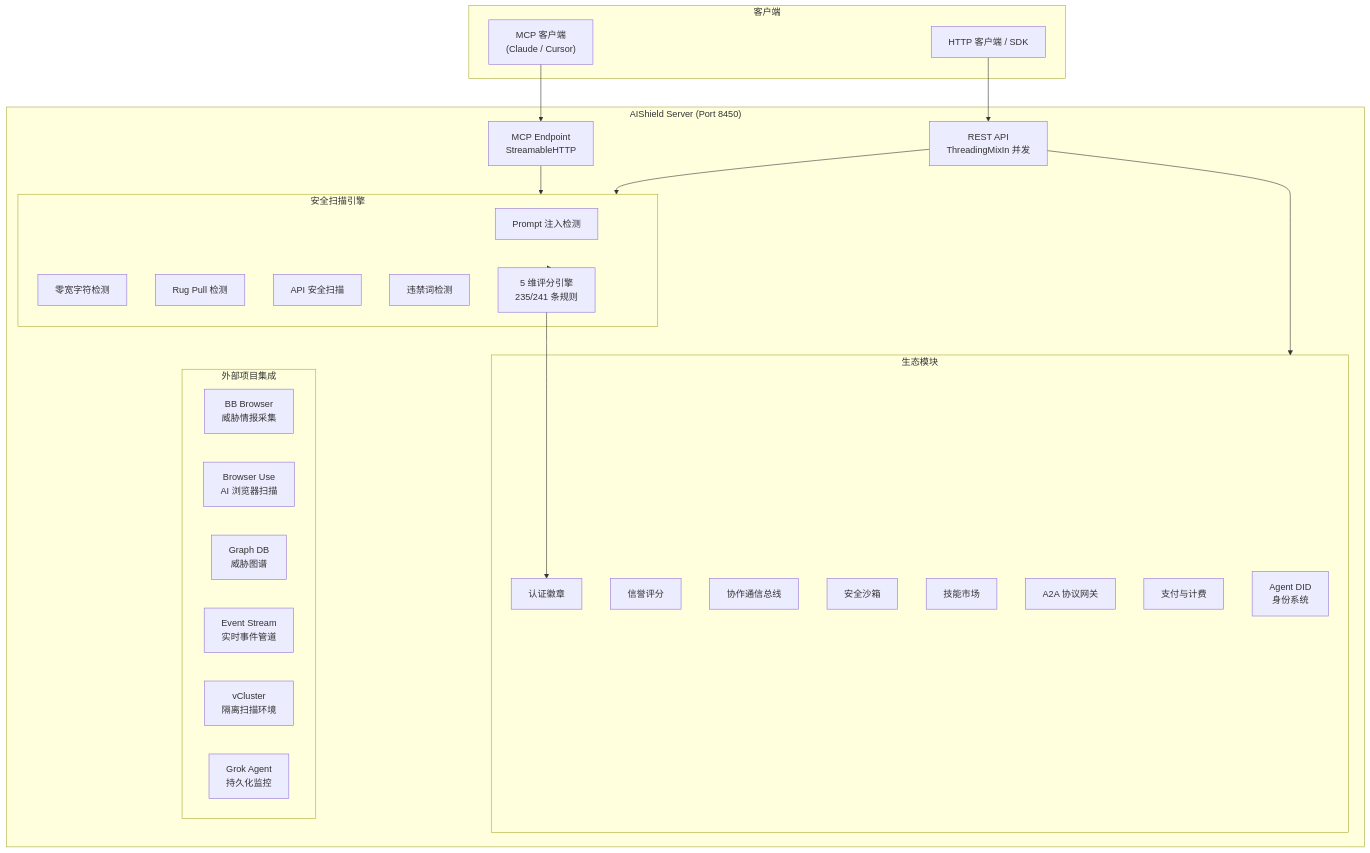
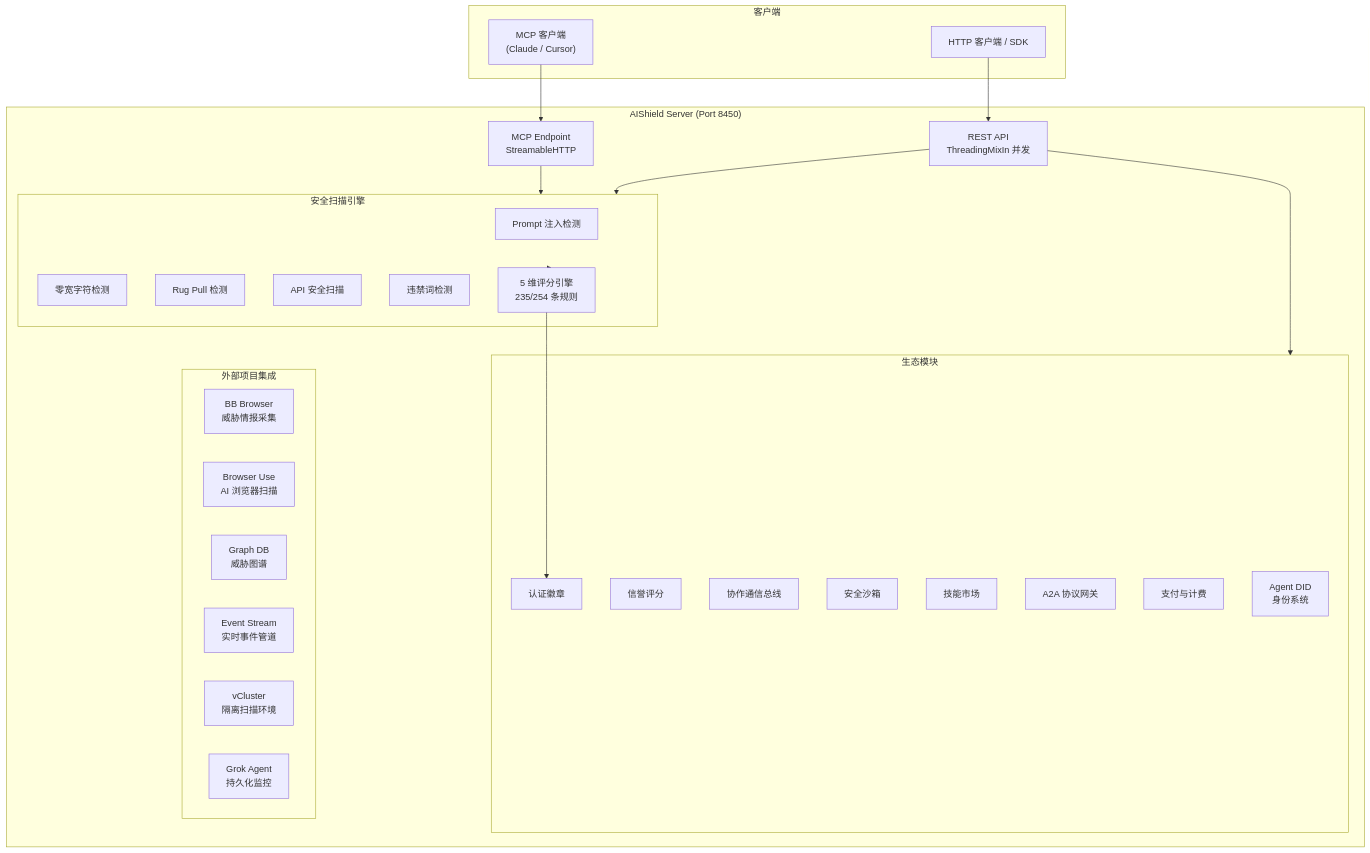
One commit to actions-marketplace-validations/lm203688_aishield changed the diagram in README.md. Above: the diagram before and after it, drawn with Mermaid. The commit also changed other lines of this file and 12 other files, not shown here.

````diff
--- a/README.md
+++ b/README.md
@@ -297,49 +297,49 @@
 ```mermaid
 graph TB
     subgraph Clients["客户端"]
         MCP["MCP 客户端<br/>(Claude / Cursor)"]
         SDK["HTTP 客户端 / SDK"]
     end
 
     subgraph Server["AIShield Server (Port 8450)"]
         API["REST API<br/>ThreadingMixIn 并发"]
         MCPE["MCP Endpoint<br/>StreamableHTTP"]
 
         subgraph Scanner["安全扫描引擎"]
             PE["Prompt 注入检测"]
             MW["零宽字符检测"]
             RP["Rug Pull 检测"]
             AS["API 安全扫描"]
             BW["违禁词检测"]
-            SC["5 维评分引擎<br/>235/241 条规则"]
+            SC["5 维评分引擎<br/>235/254 条规则"]
         end
 
         subgraph Eco["生态模块"]
             ID["Agent DID<br/>身份系统"]
             RP2["信誉评分"]
             CO["协作通信总线"]
             SB["安全沙箱"]
             MK["技能市场"]
             A2A["A2A 协议网关"]
             PAY["支付与计费"]
             BD["认证徽章"]
         end
 
         subgraph Integrations["外部项目集成"]
             BB["BB Browser<br/>威胁情报采集"]
             BU["Browser Use<br/>AI 浏览器扫描"]
             GDB["Graph DB<br/>威胁图谱"]
             ES["Event Stream<br/>实时事件管道"]
             VC["vCluster<br/>隔离扫描环境"]
             GA["Grok Agent<br/>持久化监控"]
         end
     end
 
     MCP --> MCPE
     SDK --> API
     MCPE --> Scanner
     API --> Scanner
     API --> Eco
     Scanner --> SC
     SC --> BD
 ```
````
